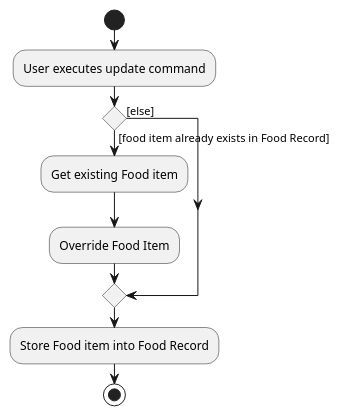
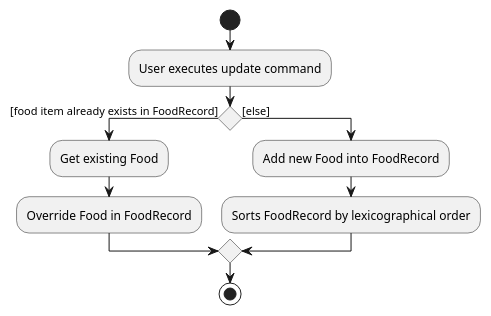
One commit to ray-97/main changed the diagram in docs/diagrams/UpdateActivityDiagram.puml. Above: the diagram before and after it, drawn with PlantUML. The commit also changed 5 other files, not shown here.

```diff
--- a/docs/diagrams/UpdateActivityDiagram.puml
+++ b/docs/diagrams/UpdateActivityDiagram.puml
@@ -1,16 +1,17 @@
 @startuml
 
 start
 :User executes update command;
 
 'Since the beta syntax does not support placing the condition outside the
 'diamond we place it as the true branch instead.
 
-if () then ([food item already exists in Food Record])
-    :Get existing Food item;
-    :Override Food Item;
+if () then ([food item already exists in FoodRecord])
+    :Get existing Food;
+    :Override Food in FoodRecord;
 else ([else])
+    :Add new Food into FoodRecord;
+    :Sorts FoodRecord by lexicographical order;
 endif
-:Store Food item into Food Record;
 stop
 @enduml
```
